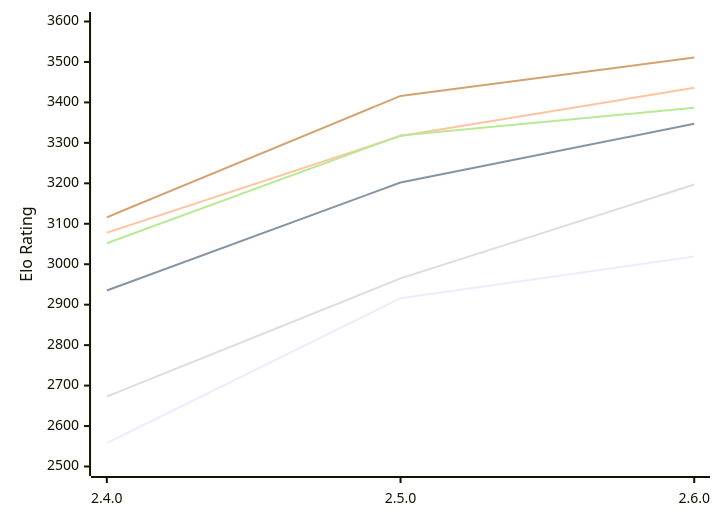
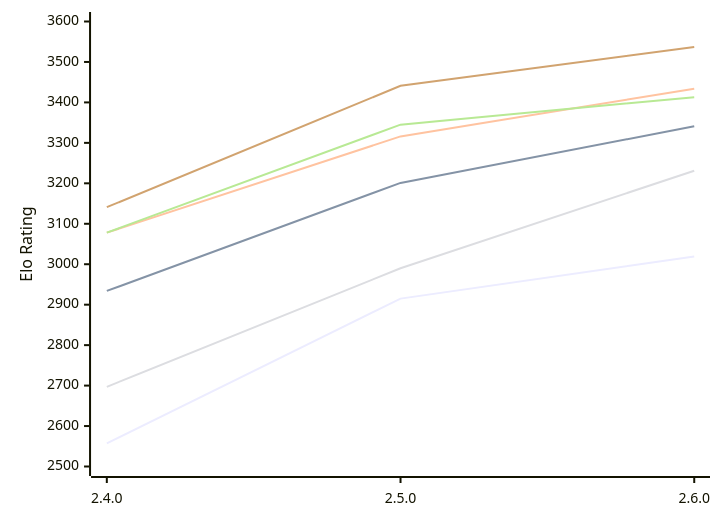
Before and after one commit to computer-chess-index/cci: the diagram in engines/Rarog.md, drawn with Mermaid. The commit also changed other lines of this file, not shown here.

Commit message:
Update CCI Ratings (ELO VLTC) - 2026-11-04

````diff
--- a/engines/Rarog.md
+++ b/engines/Rarog.md
@@ -51,12 +51,12 @@
 ```mermaid
 %%{init: {"theme":"base","themeVariables":{"seriesColors:['#a3a3a3','#222221','#faa371']}}}%%
 xychart-beta
   x-axis ["2.4.0", "2.5.0", "2.6.0"]
   y-axis "Elo Rating" 2500 --> 3600
-  line "E1: STC (8.0+0.08s)" [2558, 2916, 3019]
-  line "E1: LTC (60.0+0.60s)" [2935, 3202, 3347]
-  line "E1: VLTC (2m24s+1.12s)" [3078, 3317, 3436]
-  line "P1: STC (8.0+0.08s)" [2673, 2965, 3197]
-  line "P1: LTC (60.0+0.60s)" [3052, 3318, 3387]
-  line "P1: VLTC (2m24s+1.12s)" [3116, 3416, 3511]
+  line "E1: STC (8.0+0.08s)" [2557, 2915, 3019]
+  line "E1: LTC (60.0+0.60s)" [2934, 3201, 3341]
+  line "E1: VLTC (2m24s+1.12s)" [3078, 3316, 3434]
+  line "P1: STC (8.0+0.08s)" [2697, 2990, 3231]
+  line "P1: LTC (60.0+0.60s)" [3078, 3345, 3413]
+  line "P1: VLTC (2m24s+1.12s)" [3141, 3441, 3537]
 ```
````
